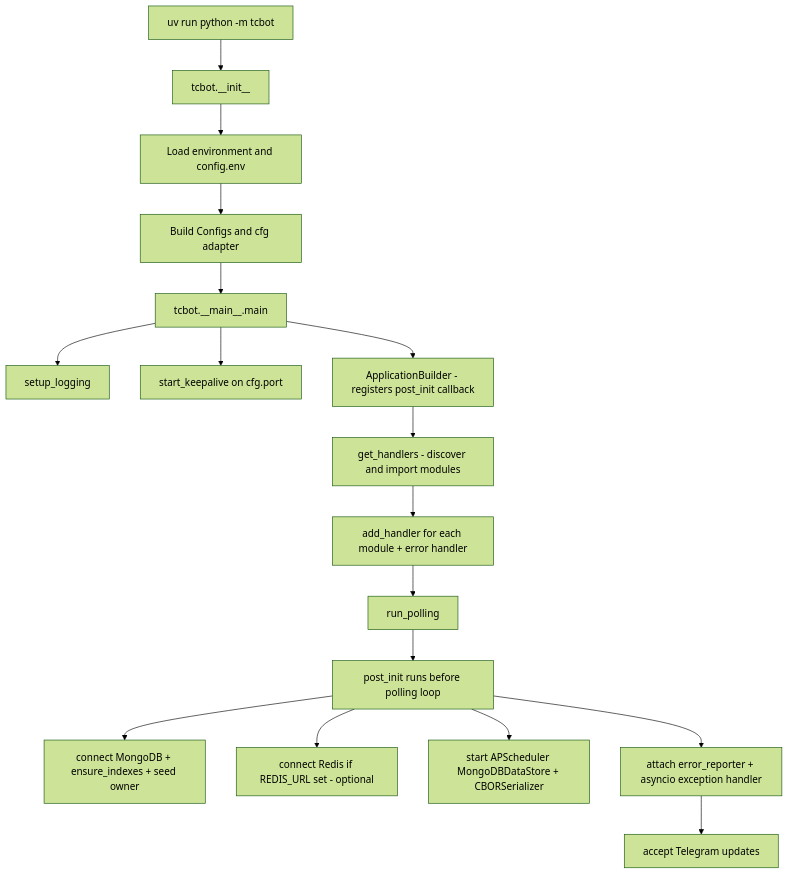
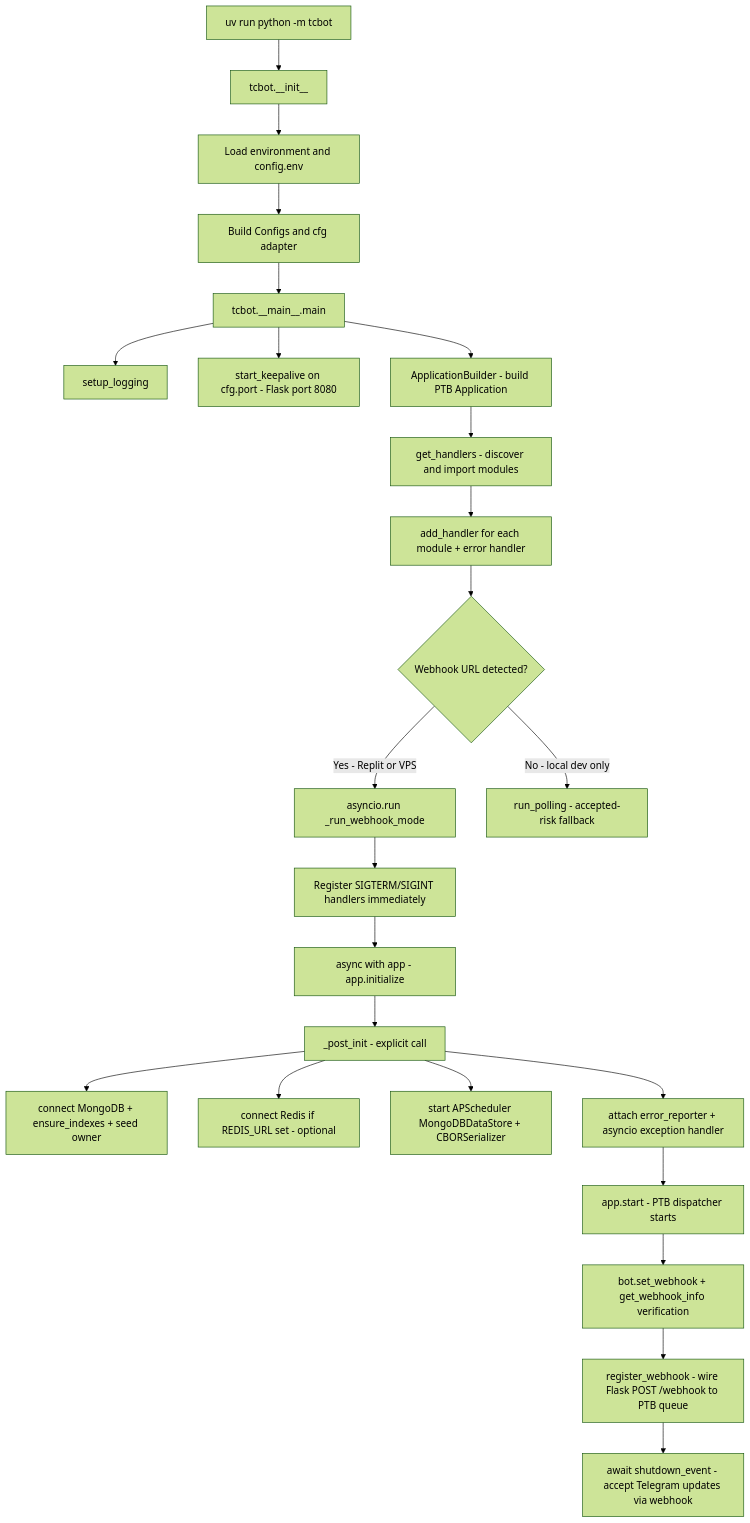
Before and after one commit to D1ZZY4/tcbot: the first of 2 diagrams in PLAN.md, drawn with Mermaid (forest theme). The commit also changed other lines of this file and 1 other file, not shown here.

Commit message:
not completed

````diff
--- a/PLAN.md
+++ b/PLAN.md
@@ -27,19 +27,26 @@
 ```mermaid
 flowchart TD
     Entry[uv run python -m tcbot] --> Init[tcbot.__init__]
     Init --> LoadEnv[Load environment and config.env]
     LoadEnv --> Config[Build Configs and cfg adapter]
     Config --> Main[tcbot.__main__.main]
     Main --> Logging[setup_logging]
-    Main --> KeepAlive[start_keepalive on cfg.port]
-    Main --> Builder[ApplicationBuilder - registers post_init callback]
+    Main --> KeepAlive[start_keepalive on cfg.port - Flask port 8080]
+    Main --> Builder[ApplicationBuilder - build PTB Application]
     Builder --> Handlers[get_handlers - discover and import modules]
     Handlers --> AddHandlers[add_handler for each module + error handler]
-    AddHandlers --> Polling[run_polling]
-    Polling --> PostInit[post_init runs before polling loop]
+    AddHandlers --> ModeCheck{Webhook URL detected?}
+    ModeCheck -->|Yes - Replit or VPS| WebhookMode[asyncio.run _run_webhook_mode]
+    ModeCheck -->|No - local dev only| PollingMode[run_polling - accepted-risk fallback]
+    WebhookMode --> Signals[Register SIGTERM/SIGINT handlers immediately]
+    Signals --> AppInit[async with app - app.initialize]
+    AppInit --> PostInit[_post_init - explicit call]
     PostInit --> MongoDB[connect MongoDB + ensure_indexes + seed owner]
     PostInit --> Redis[connect Redis if REDIS_URL set - optional]
     PostInit --> APSched[start APScheduler MongoDBDataStore + CBORSerializer]
     PostInit --> Reporter[attach error_reporter + asyncio exception handler]
-    Reporter --> Updates[accept Telegram updates]
+    Reporter --> AppStart[app.start - PTB dispatcher starts]
+    AppStart --> SetWebhook[bot.set_webhook + get_webhook_info verification]
+    SetWebhook --> RegisterFlask[register_webhook - wire Flask POST /webhook to PTB queue]
+    RegisterFlask --> Updates[await shutdown_event - accept Telegram updates via webhook]
 ```
````
